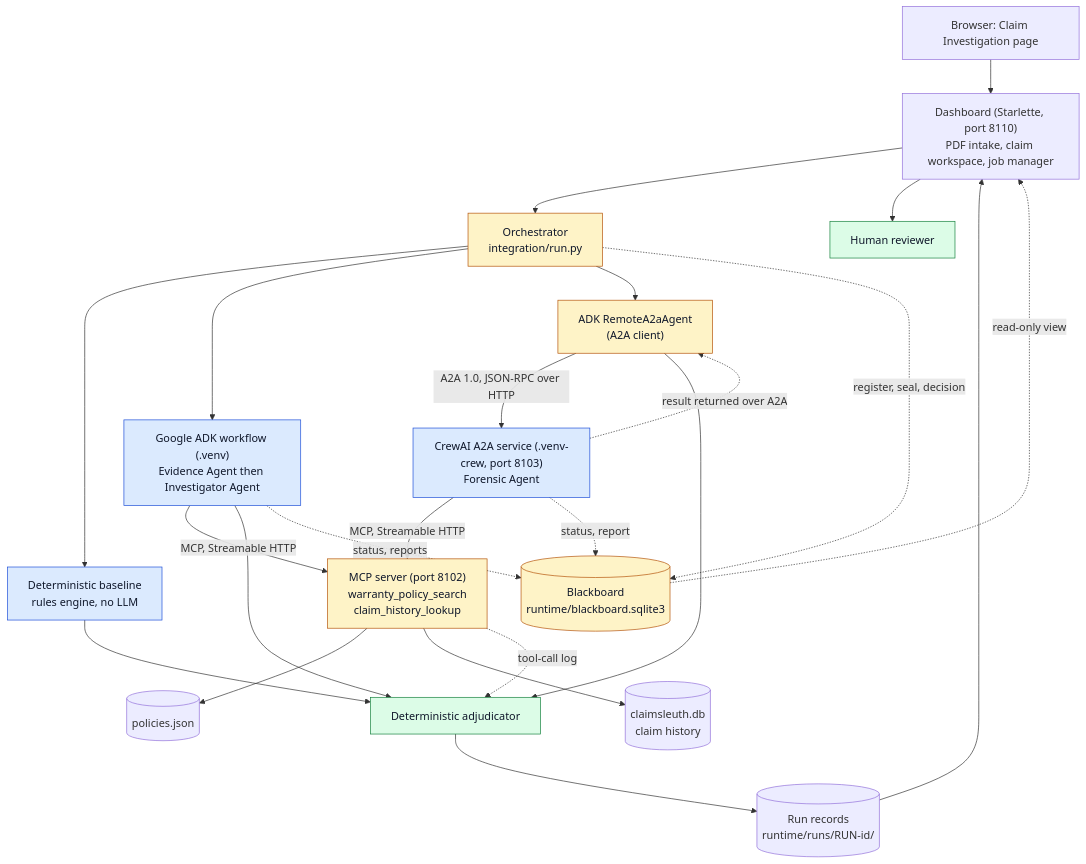
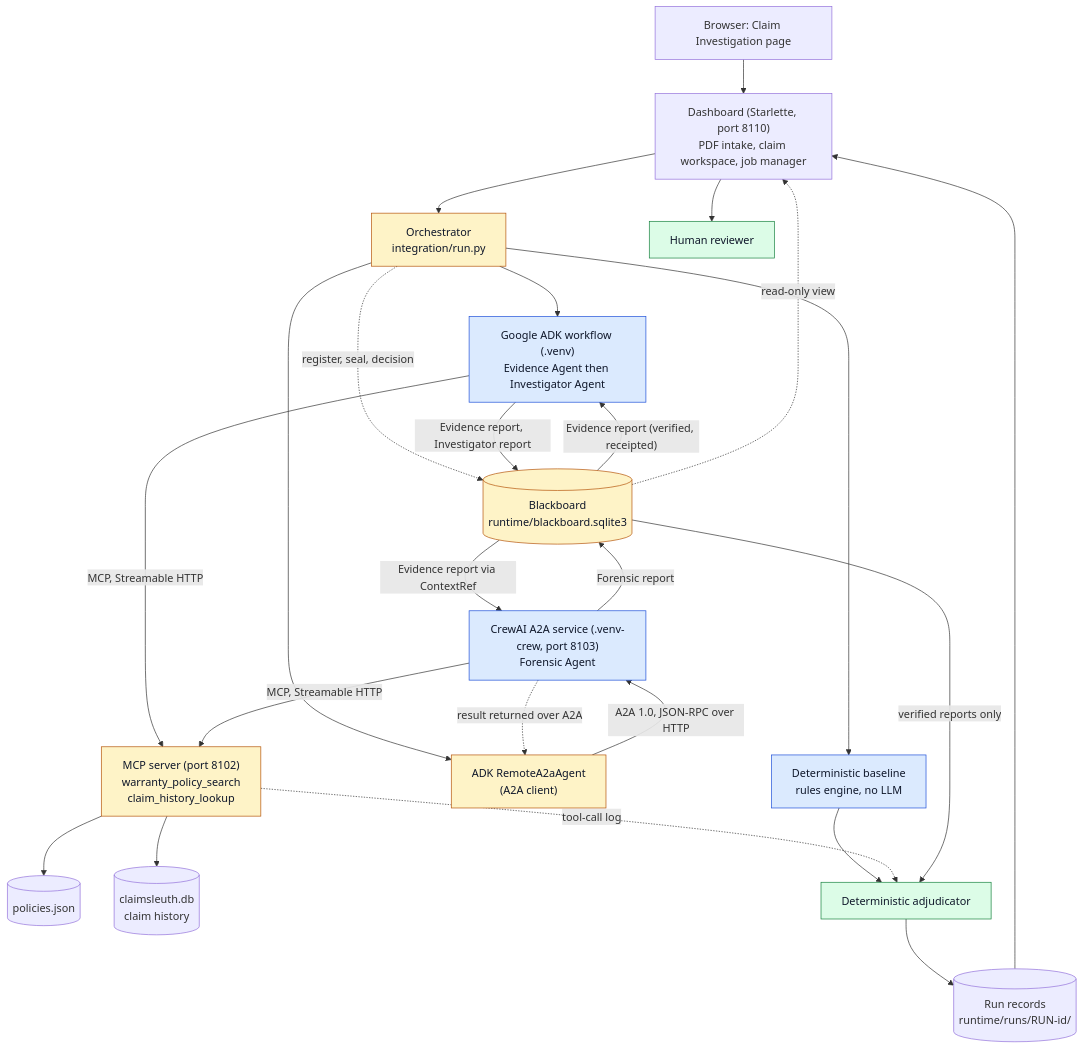
One commit to astitvasaxena/ClaimSleuth_simple changed the first of 8 diagrams in docs/ARCHITECTURE_GUIDE.md. Above: the diagram before and after it, drawn with Mermaid. The commit also changed other lines of this file and 117 other files, not shown here.

````diff
--- a/docs/ARCHITECTURE_GUIDE.md
+++ b/docs/ARCHITECTURE_GUIDE.md
@@ -106,45 +110,47 @@
 ```mermaid
 flowchart TB
     user["Browser: Claim Investigation page"]
     dash["Dashboard (Starlette, port 8110)<br/>PDF intake, claim workspace, job manager"]
     orch["Orchestrator<br/>integration/run.py"]
     base["Deterministic baseline<br/>rules engine, no LLM"]
     adk["Google ADK workflow (.venv)<br/>Evidence Agent then Investigator Agent"]
     a2ac["ADK RemoteA2aAgent<br/>(A2A client)"]
     crew["CrewAI A2A service (.venv-crew, port 8103)<br/>Forensic Agent"]
     mcp["MCP server (port 8102)<br/>warranty_policy_search<br/>claim_history_lookup"]
     pol[("policies.json")]
     hist[("claimsleuth.db<br/>claim history")]
     adj["Deterministic adjudicator"]
     bb[("Blackboard<br/>runtime/blackboard.sqlite3")]
     store[("Run records<br/>runtime/runs/RUN-id/")]
     human["Human reviewer"]
 
     user --> dash --> orch
     orch --> base
     orch --> adk
     orch --> a2ac
     a2ac -- "A2A 1.0, JSON-RPC over HTTP" --> crew
     adk -- "MCP, Streamable HTTP" --> mcp
     crew -- "MCP, Streamable HTTP" --> mcp
     mcp --> pol
     mcp --> hist
     base --> adj
-    adk --> adj
-    crew -. "result returned over A2A" .-> a2ac --> adj
+    crew -. "result returned over A2A" .-> a2ac
     mcp -. "tool-call log" .-> adj
     adj --> store --> dash
     dash --> human
 
     orch -. "register, seal, decision" .-> bb
-    adk -. "status, reports" .-> bb
-    crew -. "status, report" .-> bb
+    adk -- "Evidence report, Investigator report" --> bb
+    bb -- "Evidence report (verified, receipted)" --> adk
+    bb -- "Evidence report via ContextRef" --> crew
+    crew -- "Forensic report" --> bb
+    bb -- "verified reports only" --> adj
     bb -. "read-only view" .-> dash
 
     classDef investigate fill:#dbeafe,stroke:#1d4ed8,color:#0f172a
     classDef coordinate fill:#fef3c7,stroke:#b45309,color:#0f172a
     classDef decide fill:#dcfce7,stroke:#15803d,color:#0f172a
     class base,adk,crew investigate
     class orch,a2ac,bb,mcp coordinate
     class adj,human decide
 ```
````
